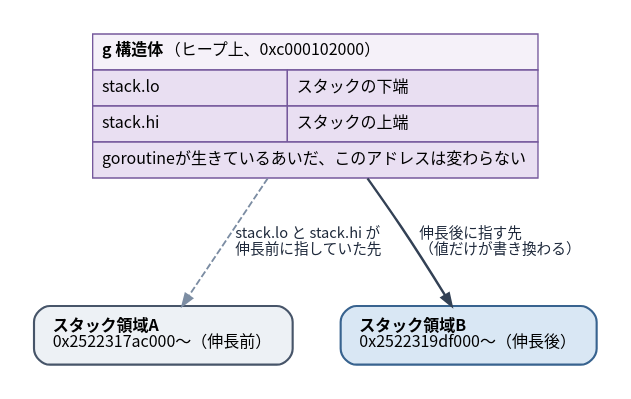
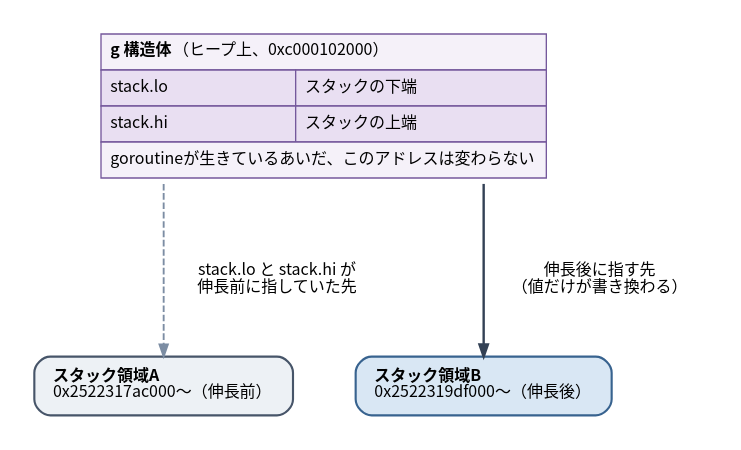
The diagram in diagrams/go-ebpf-primer/20260820-g-vs-stack.dot (ymotongpoo/zenn.dev), drawn with Graphviz before and after one commit. The commit also changed 98 other files, not shown here.

First line of the commit message:
図版の線を水平垂直の直線に統一し、角の隙間を埋める後処理を追加した

```diff
--- a/diagrams/go-ebpf-primer/20260820-g-vs-stack.dot
+++ b/diagrams/go-ebpf-primer/20260820-g-vs-stack.dot
@@ -1,35 +1,39 @@
 // 動かない g 構造体と、動くスタック
 digraph g_vs_stack {
   graph [
+    layout=neato, inputscale=72, splines=line,
     fontname="Harano Aji Gothic,Noto Sans CJK JP,IPAGothic", fontsize=13,
-    rankdir=TB, compound=true, splines=true,
-    nodesep=0.5, ranksep=0.7, pad=0.25,
-    bgcolor="white", newrank=true
+    bgcolor="white", pad=0.25
   ];
   node [
     fontname="Harano Aji Gothic,Noto Sans CJK JP,IPAGothic", fontsize=12,
     shape=box, style="rounded,filled",
     fillcolor="#F1F5F9", color="#475569", penwidth=1.6,
     margin="0.2,0.14"
   ];
   edge [
     fontname="Harano Aji Gothic,Noto Sans CJK JP,IPAGothic", fontsize=11,
     color="#334155", penwidth=1.4, arrowsize=0.9,
     fontcolor="#1E293B"
   ];
-  ranksep=1.0;
 
-  g [shape=plain, style="", label=<
+  gtable [pos="300,340!", shape=plain, style="", label=<
     <table border="0" cellborder="1" cellspacing="0" cellpadding="6" color="#75589C">
       <tr><td colspan="2" align="left" bgcolor="#F5F1F9"><b>g 構造体</b>（ヒープ上、0xc000102000）</td></tr>
       <tr><td align="left" bgcolor="#E9DFF2">stack.lo</td><td align="left" bgcolor="#E9DFF2">スタックの下端</td></tr>
       <tr><td align="left" bgcolor="#E9DFF2">stack.hi</td><td align="left" bgcolor="#E9DFF2">スタックの上端</td></tr>
-      <tr><td colspan="2" align="left" bgcolor="#E9DFF2">goroutineが生きているあいだ、このアドレスは変わらない</td></tr>
+      <tr><td colspan="2" align="left" bgcolor="#F5F1F9">goroutineが生きているあいだ、このアドレスは変わらない</td></tr>
     </table>>];
 
-  old [label=<<b>スタック領域A</b><br align="left"/>0x2522317ac000〜（伸長前）<br align="left"/>>, fillcolor="#EDF1F5"];
-  new [label=<<b>スタック領域B</b><br align="left"/>0x2522319df000〜（伸長後）<br align="left"/>>, fillcolor="#D9E7F4", color="#38638F"];
+  s1 [pos="180,282!", shape=point, width=0.01, style=invis];
+  s2 [pos="420,282!", shape=point, width=0.01, style=invis];
 
-  g -> old [label=" stack.lo と stack.hi が\l 伸長前に指していた先\l", style=dashed, color="#7C8DA3"];
-  g -> new [label=" 伸長後に指す先\l （値だけが書き換わる）\l", penwidth=1.8];
+  areaA [pos="180,130!", label=<<b>スタック領域A</b><br align="left"/>0x2522317ac000〜（伸長前）<br align="left"/>>, fillcolor="#EDF1F5"];
+  areaB [pos="420,130!", label=<<b>スタック領域B</b><br align="left"/>0x2522319df000〜（伸長後）<br align="left"/>>, fillcolor="#D9E7F4", color="#38638F"];
+
+  L1 [pos="265,210!", shape=plaintext, style="", label="stack.lo と stack.hi が\n伸長前に指していた先"];
+  L2 [pos="507,210!", shape=plaintext, style="", label="伸長後に指す先\n（値だけが書き換わる）"];
+
+  s1 -> areaA [style=dashed, color="#7C8DA3"];
+  s2 -> areaB [penwidth=1.8];
 }
```
